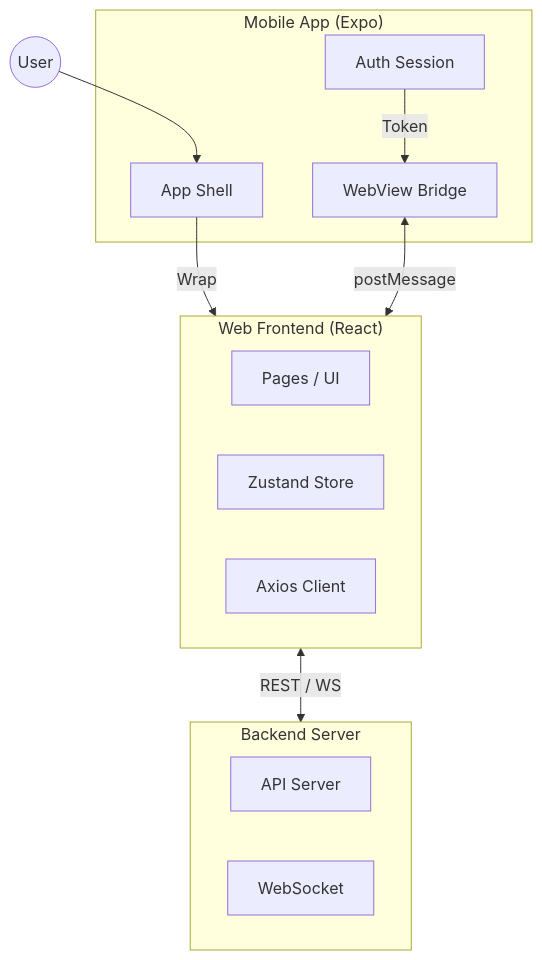
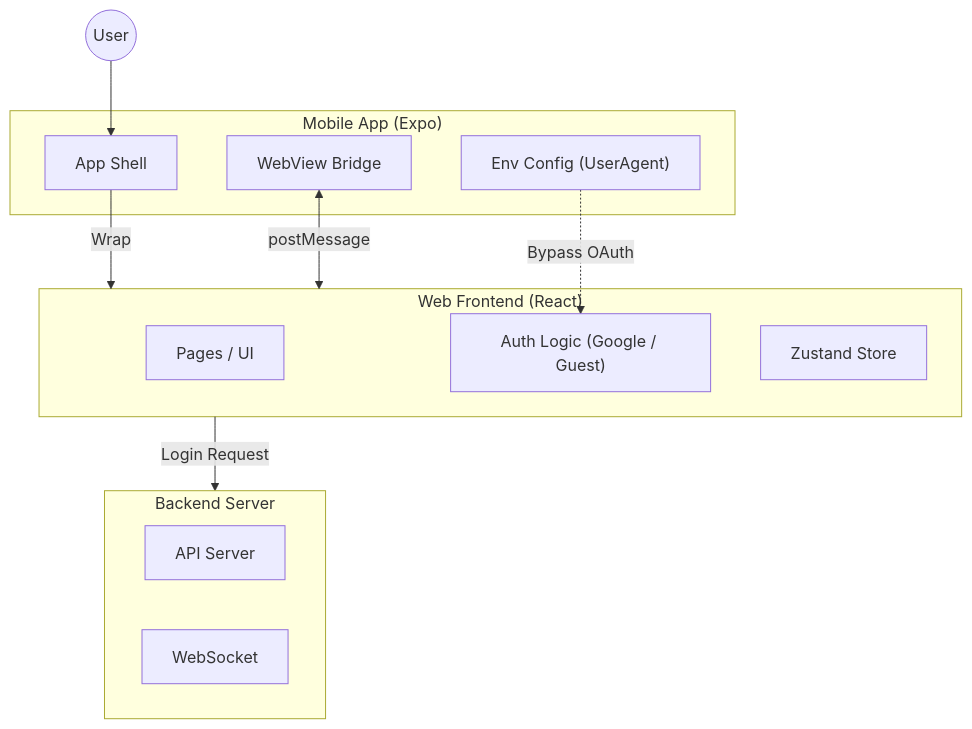
One commit to WaitGYM/FE changed the diagram in README.md. Above: the diagram before and after it, drawn with Mermaid. The commit also changed other lines of this file and 2 other files, not shown here.

Commit message:
SAC-153: 최근 개발 내용 반영하여 수정

````diff
--- a/README.md
+++ b/README.md
@@ -16,27 +17,27 @@
 ```mermaid
 graph TD
     User((User))
 
     subgraph Mobile ["Mobile App (Expo)"]
-        AppShell[App Shell]
-        NativeAuth[Auth Session]
-        Bridge[WebView Bridge]
+        AppShell["App Shell"]
+        EnvConfig["Env Config (UserAgent)"]
+        Bridge["WebView Bridge"]
     end
 
     subgraph Web ["Web Frontend (React)"]
-        Pages[Pages / UI]
-        State[Zustand Store]
-        API_Client[Axios Client]
+        Pages["Pages / UI"]
+        Auth["Auth Logic (Google / Guest)"]
+        State["Zustand Store"]
     end
 
-    subgraph Server [Backend Server]
-        API[API Server]
-        Socket[WebSocket]
+    subgraph Server ["Backend Server"]
+        API["API Server"]
+        Socket["WebSocket"]
     end
 
     User --> AppShell
     AppShell -->|Wrap| Web
-    NativeAuth -->|Token| Bridge
+    EnvConfig -.->|Bypass OAuth| Auth
     Bridge <-->|postMessage| Web
-    Web <-->|REST / WS| Server
+    Web -->|Login Request| Server
 ```
````
